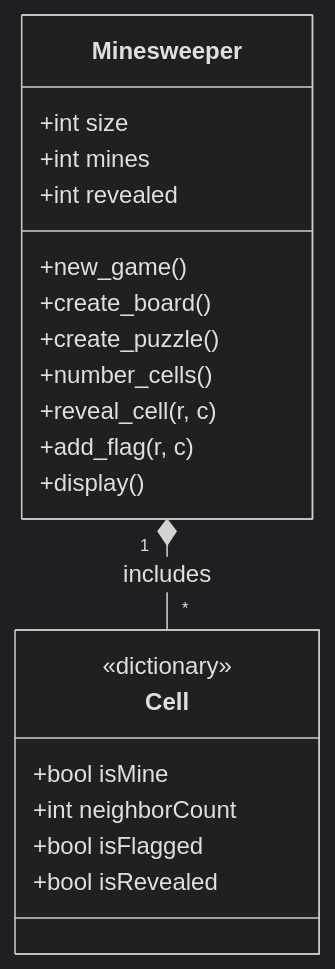
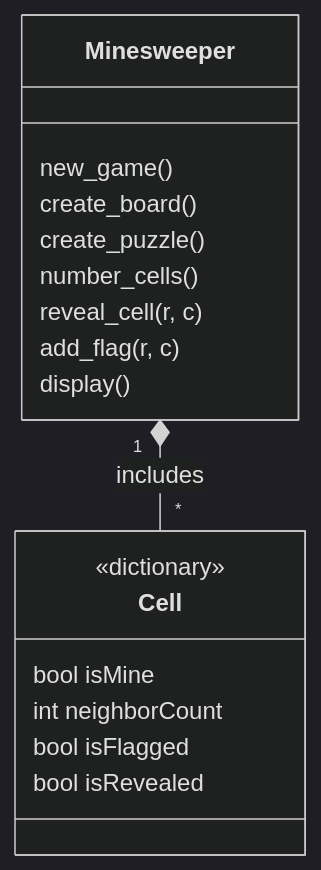
One commit to epicoderr/Software-Dev-Project changed the diagram in documentation/architecture.md. Above: the diagram before and after it, drawn with Mermaid (dark theme). The commit also changed other lines of this file, not shown here.

````diff
--- a/documentation/architecture.md
+++ b/documentation/architecture.md
@@ -1,28 +1,24 @@
 ```mermaid
 classDiagram
 
     class Minesweeper {
-        +int size
-        +int mines
-        +int revealed
-        
-        +new_game()
-        +create_board()
-        +create_puzzle()
-        +number_cells()
-        +reveal_cell(r, c)
-        +add_flag(r, c)
-        +display()
+        new_game()
+        create_board()
+        create_puzzle()
+        number_cells()
+        reveal_cell(r, c)
+        add_flag(r, c)
+        display()
     }
 
     class Cell {
         <<dictionary>>
-        +bool isMine
-        +int neighborCount
-        +bool isFlagged
-        +bool isRevealed
+        bool isMine
+        int neighborCount
+        bool isFlagged
+        bool isRevealed
     }
     
     Minesweeper "1" *-- "*" Cell : includes
 
 ```
````
